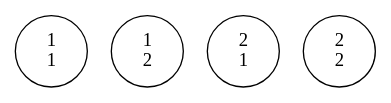
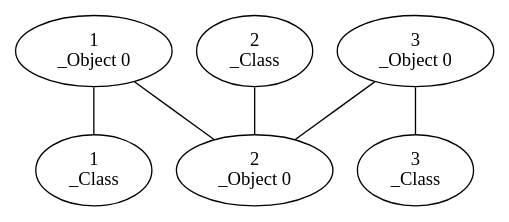
One commit to LeonovEvgenii/AGI changed the diagram in knowledge_base/graphs_links/local_graph.dot. Above: the diagram before and after it, drawn with Graphviz. The commit also changed 6 other files, not shown here.

```diff
--- a/knowledge_base/graphs_links/local_graph.dot
+++ b/knowledge_base/graphs_links/local_graph.dot
@@ -1,10 +1,17 @@
 strict graph G {
 "1
-1"
+_Object 0" -- "2
+_Object 0"
+"3
+_Object 0" -- "2
+_Object 0"
 "1
-2"
+_Object 0" -- "1
+_Class"
 "2
-1"
-"2
-2"
+_Class" -- "2
+_Object 0"
+"3
+_Object 0" -- "3
+_Class"
 }
```
